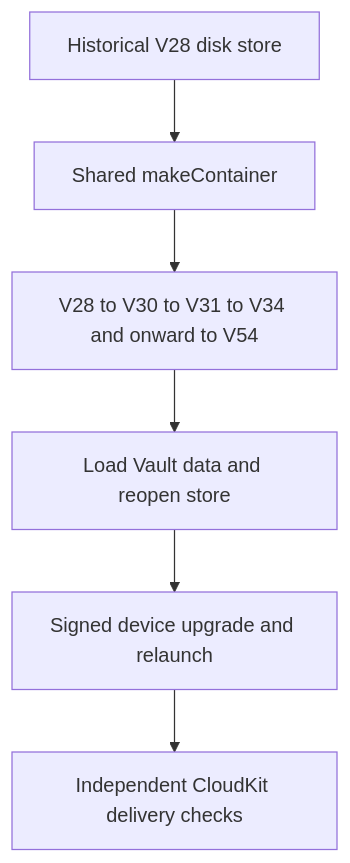
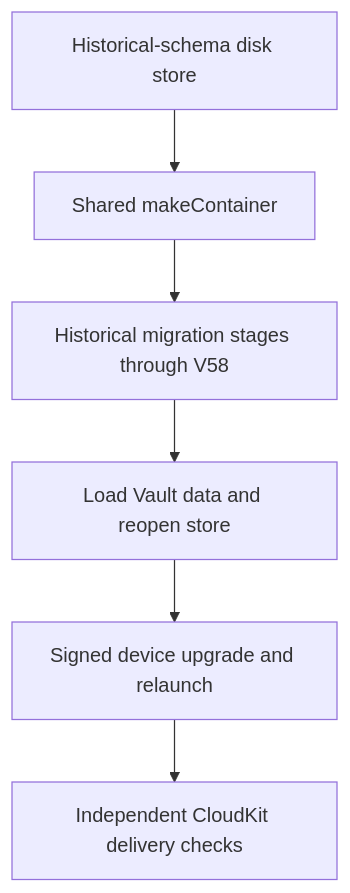
One commit to AkinoKaede/Termind changed the first of 2 diagrams in openwiki/operations/cloudkit-release-readiness.md. Above: the diagram before and after it, drawn with Mermaid. The commit also changed other lines of this file and 67 other files, not shown here.

````diff
--- a/openwiki/operations/cloudkit-release-readiness.md
+++ b/openwiki/operations/cloudkit-release-readiness.md
@@ -220,8 +229,8 @@
 ```mermaid
 flowchart TD
-    Fixture["Historical V28 disk store"] --> Factory["Shared makeContainer"]
-    Factory --> Local["V28 to V30 to V31 to V34 and onward to V54"]
+    Fixture["Historical-schema disk store"] --> Factory["Shared makeContainer"]
+    Factory --> Local["Historical migration stages through V58"]
     Local --> Verify["Load Vault data and reopen store"]
     Verify --> Device["Signed device upgrade and relaunch"]
     Device --> Cloud["Independent CloudKit delivery checks"]
 ```
````
